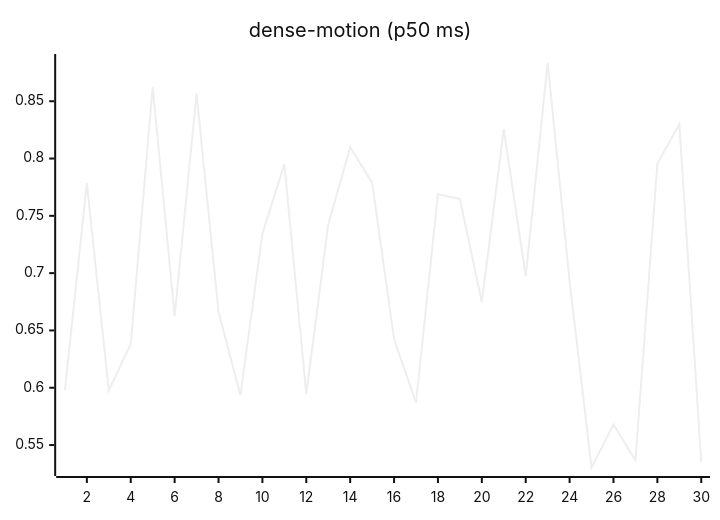
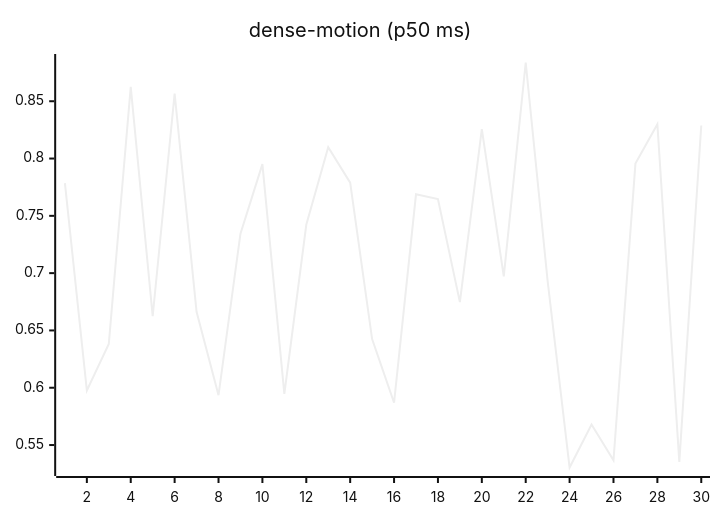
The ninth of 27 diagrams in README.md (josha/Facet), drawn with Mermaid (neutral theme) before and after one commit. The commit also changed other lines of this file and 2 other files, not shown here.

````diff
--- a/README.md
+++ b/README.md
@@ -119,6 +119,6 @@
 ```mermaid
 xychart-beta
     title "dense-motion (p50 ms)"
     x-axis 1 --> 30
-    line [0.5980, 0.7785, 0.5976, 0.6382, 0.8626, 0.6624, 0.8567, 0.6662, 0.5935, 0.7344, 0.7951, 0.5946, 0.7422, 0.8099, 0.7789, 0.6425, 0.5869, 0.7688, 0.7647, 0.6747, 0.8256, 0.6971, 0.8838, 0.6929, 0.5304, 0.5679, 0.5366, 0.7956, 0.8299, 0.5352]
+    line [0.7785, 0.5976, 0.6382, 0.8626, 0.6624, 0.8567, 0.6662, 0.5935, 0.7344, 0.7951, 0.5946, 0.7422, 0.8099, 0.7789, 0.6425, 0.5869, 0.7688, 0.7647, 0.6747, 0.8256, 0.6971, 0.8838, 0.6929, 0.5304, 0.5679, 0.5366, 0.7956, 0.8299, 0.5352, 0.8288]
 ```
````
